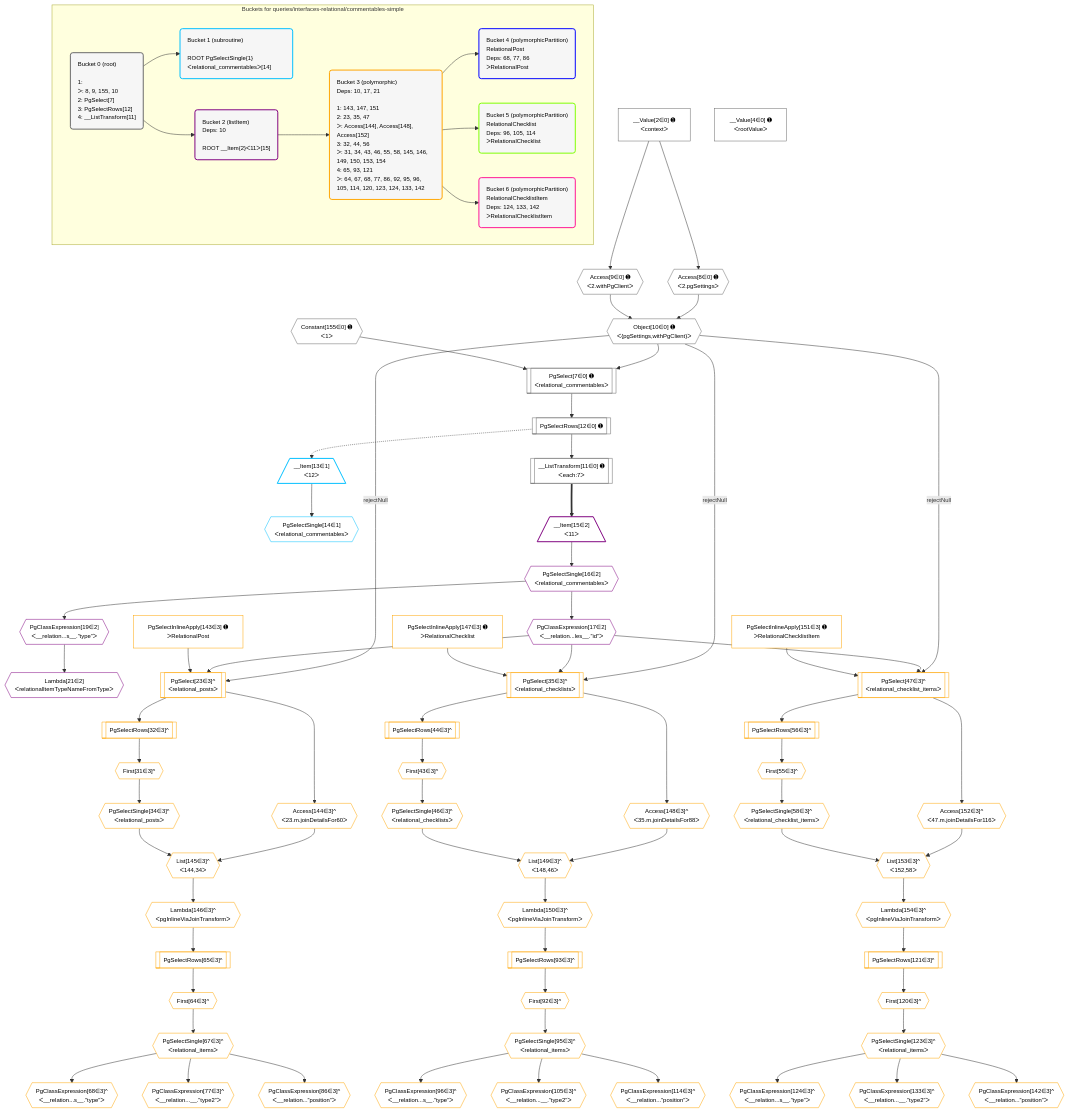
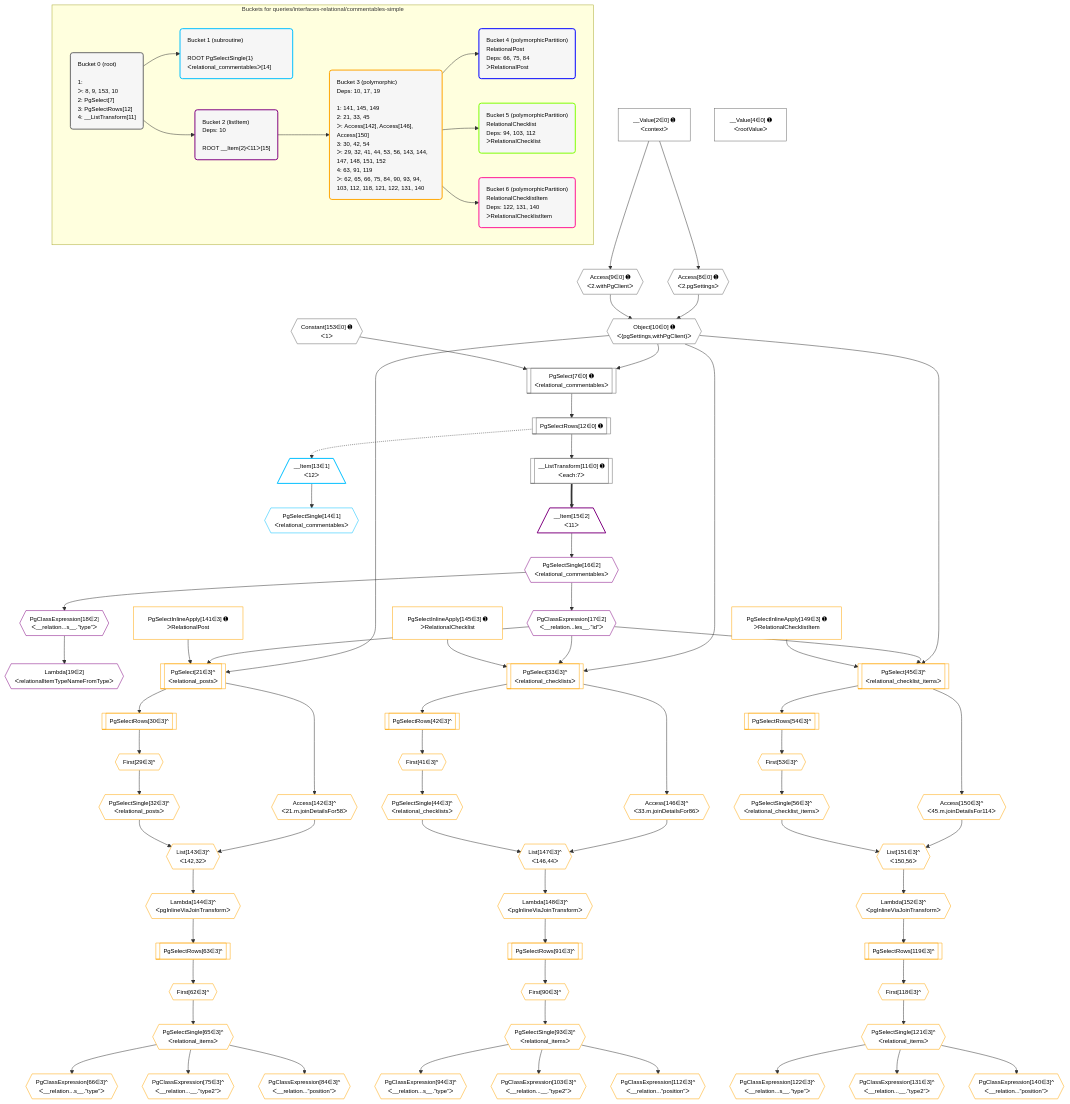
The diagram in grafast/dataplan-pg/__tests__/queries/interfaces-relational/commentables-simple.deopt.mermaid (graphile/crystal), drawn with Mermaid before and after one commit. The commit also changed 10 other files, not shown here.

```diff
--- a/grafast/dataplan-pg/__tests__/queries/interfaces-relational/commentables-simple.deopt.mermaid
+++ b/grafast/dataplan-pg/__tests__/queries/interfaces-relational/commentables-simple.deopt.mermaid
@@ -8,13 +8,13 @@
     classDef bucket fill:#f6f6f6,color:#000,stroke-width:2px,text-align:left
 
     subgraph "Buckets for queries/interfaces-relational/commentables-simple"
-    Bucket0("Bucket 0 (root)<br /><br />1: <br />ᐳ: 8, 9, 155, 10<br />2: PgSelect[7]<br />3: PgSelectRows[12]<br />4: __ListTransform[11]"):::bucket
+    Bucket0("Bucket 0 (root)<br /><br />1: <br />ᐳ: 8, 9, 153, 10<br />2: PgSelect[7]<br />3: PgSelectRows[12]<br />4: __ListTransform[11]"):::bucket
     Bucket1("Bucket 1 (subroutine)<br /><br />ROOT PgSelectSingle{1}ᐸrelational_commentablesᐳ[14]"):::bucket
     Bucket2("Bucket 2 (listItem)<br />Deps: 10<br /><br />ROOT __Item{2}ᐸ11ᐳ[15]"):::bucket
-    Bucket3("Bucket 3 (polymorphic)<br />Deps: 10, 17, 21<br /><br />1: 143, 147, 151<br />2: 23, 35, 47<br />ᐳ: Access[144], Access[148], Access[152]<br />3: 32, 44, 56<br />ᐳ: 31, 34, 43, 46, 55, 58, 145, 146, 149, 150, 153, 154<br />4: 65, 93, 121<br />ᐳ: 64, 67, 68, 77, 86, 92, 95, 96, 105, 114, 120, 123, 124, 133, 142"):::bucket
-    Bucket4("Bucket 4 (polymorphicPartition)<br />RelationalPost<br />Deps: 68, 77, 86<br />ᐳRelationalPost"):::bucket
-    Bucket5("Bucket 5 (polymorphicPartition)<br />RelationalChecklist<br />Deps: 96, 105, 114<br />ᐳRelationalChecklist"):::bucket
-    Bucket6("Bucket 6 (polymorphicPartition)<br />RelationalChecklistItem<br />Deps: 124, 133, 142<br />ᐳRelationalChecklistItem"):::bucket
+    Bucket3("Bucket 3 (polymorphic)<br />Deps: 10, 17, 19<br /><br />1: 141, 145, 149<br />2: 21, 33, 45<br />ᐳ: Access[142], Access[146], Access[150]<br />3: 30, 42, 54<br />ᐳ: 29, 32, 41, 44, 53, 56, 143, 144, 147, 148, 151, 152<br />4: 63, 91, 119<br />ᐳ: 62, 65, 66, 75, 84, 90, 93, 94, 103, 112, 118, 121, 122, 131, 140"):::bucket
+    Bucket4("Bucket 4 (polymorphicPartition)<br />RelationalPost<br />Deps: 66, 75, 84<br />ᐳRelationalPost"):::bucket
+    Bucket5("Bucket 5 (polymorphicPartition)<br />RelationalChecklist<br />Deps: 94, 103, 112<br />ᐳRelationalChecklist"):::bucket
+    Bucket6("Bucket 6 (polymorphicPartition)<br />RelationalChecklistItem<br />Deps: 122, 131, 140<br />ᐳRelationalChecklistItem"):::bucket
     end
     Bucket0 --> Bucket1 & Bucket2
     Bucket2 --> Bucket3
@@ -23,8 +23,8 @@
     %% plan dependencies
     PgSelect7[["PgSelect[7∈0] ➊<br />ᐸrelational_commentablesᐳ"]]:::plan
     Object10{{"Object[10∈0] ➊<br />ᐸ{pgSettings,withPgClient}ᐳ"}}:::plan
-    Constant155{{"Constant[155∈0] ➊<br />ᐸ1ᐳ"}}:::plan
-    Object10 & Constant155 --> PgSelect7
+    Constant153{{"Constant[153∈0] ➊<br />ᐸ1ᐳ"}}:::plan
+    Object10 & Constant153 --> PgSelect7
     Access8{{"Access[8∈0] ➊<br />ᐸ2.pgSettingsᐳ"}}:::plan
     Access9{{"Access[9∈0] ➊<br />ᐸ2.withPgClientᐳ"}}:::plan
     Access8 & Access9 --> Object10
@@ -46,104 +46,101 @@
     __Item15 --> PgSelectSingle16
     PgClassExpression17{{"PgClassExpression[17∈2]<br />ᐸ__relation...les__.”id”ᐳ"}}:::plan
     PgSelectSingle16 --> PgClassExpression17
-    PgClassExpression19{{"PgClassExpression[19∈2]<br />ᐸ__relation...s__.”type”ᐳ"}}:::plan
-    PgSelectSingle16 --> PgClassExpression19
-    Lambda21{{"Lambda[21∈2]<br />ᐸrelationalItemTypeNameFromTypeᐳ"}}:::plan
-    PgClassExpression19 --> Lambda21
-    PgSelect23[["PgSelect[23∈3]^<br />ᐸrelational_postsᐳ"]]:::plan
-    PgSelectInlineApply143["PgSelectInlineApply[143∈3] ➊<br />ᐳRelationalPost"]:::plan
-    Object10 -->|rejectNull| PgSelect23
-    PgClassExpression17 & PgSelectInlineApply143 --> PgSelect23
-    PgSelect35[["PgSelect[35∈3]^<br />ᐸrelational_checklistsᐳ"]]:::plan
-    PgSelectInlineApply147["PgSelectInlineApply[147∈3] ➊<br />ᐳRelationalChecklist"]:::plan
-    Object10 -->|rejectNull| PgSelect35
-    PgClassExpression17 & PgSelectInlineApply147 --> PgSelect35
-    PgSelect47[["PgSelect[47∈3]^<br />ᐸrelational_checklist_itemsᐳ"]]:::plan
-    PgSelectInlineApply151["PgSelectInlineApply[151∈3] ➊<br />ᐳRelationalChecklistItem"]:::plan
-    Object10 -->|rejectNull| PgSelect47
-    PgClassExpression17 & PgSelectInlineApply151 --> PgSelect47
-    List145{{"List[145∈3]^<br />ᐸ144,34ᐳ"}}:::plan
-    Access144{{"Access[144∈3]^<br />ᐸ23.m.joinDetailsFor60ᐳ"}}:::plan
-    PgSelectSingle34{{"PgSelectSingle[34∈3]^<br />ᐸrelational_postsᐳ"}}:::plan
-    Access144 & PgSelectSingle34 --> List145
-    List149{{"List[149∈3]^<br />ᐸ148,46ᐳ"}}:::plan
-    Access148{{"Access[148∈3]^<br />ᐸ35.m.joinDetailsFor88ᐳ"}}:::plan
-    PgSelectSingle46{{"PgSelectSingle[46∈3]^<br />ᐸrelational_checklistsᐳ"}}:::plan
-    Access148 & PgSelectSingle46 --> List149
-    List153{{"List[153∈3]^<br />ᐸ152,58ᐳ"}}:::plan
-    Access152{{"Access[152∈3]^<br />ᐸ47.m.joinDetailsFor116ᐳ"}}:::plan
-    PgSelectSingle58{{"PgSelectSingle[58∈3]^<br />ᐸrelational_checklist_itemsᐳ"}}:::plan
-    Access152 & PgSelectSingle58 --> List153
-    First31{{"First[31∈3]^"}}:::plan
-    PgSelectRows32[["PgSelectRows[32∈3]^"]]:::plan
-    PgSelectRows32 --> First31
-    PgSelect23 --> PgSelectRows32
-    First31 --> PgSelectSingle34
-    First43{{"First[43∈3]^"}}:::plan
-    PgSelectRows44[["PgSelectRows[44∈3]^"]]:::plan
-    PgSelectRows44 --> First43
-    PgSelect35 --> PgSelectRows44
-    First43 --> PgSelectSingle46
-    First55{{"First[55∈3]^"}}:::plan
-    PgSelectRows56[["PgSelectRows[56∈3]^"]]:::plan
-    PgSelectRows56 --> First55
-    PgSelect47 --> PgSelectRows56
-    First55 --> PgSelectSingle58
-    First64{{"First[64∈3]^"}}:::plan
-    PgSelectRows65[["PgSelectRows[65∈3]^"]]:::plan
-    PgSelectRows65 --> First64
-    Lambda146{{"Lambda[146∈3]^<br />ᐸpgInlineViaJoinTransformᐳ"}}:::plan
-    Lambda146 --> PgSelectRows65
-    PgSelectSingle67{{"PgSelectSingle[67∈3]^<br />ᐸrelational_itemsᐳ"}}:::plan
-    First64 --> PgSelectSingle67
-    PgClassExpression68{{"PgClassExpression[68∈3]^<br />ᐸ__relation...s__.”type”ᐳ"}}:::plan
-    PgSelectSingle67 --> PgClassExpression68
-    PgClassExpression77{{"PgClassExpression[77∈3]^<br />ᐸ__relation...__.”type2”ᐳ"}}:::plan
-    PgSelectSingle67 --> PgClassExpression77
-    PgClassExpression86{{"PgClassExpression[86∈3]^<br />ᐸ__relation...”position”ᐳ"}}:::plan
-    PgSelectSingle67 --> PgClassExpression86
-    First92{{"First[92∈3]^"}}:::plan
-    PgSelectRows93[["PgSelectRows[93∈3]^"]]:::plan
-    PgSelectRows93 --> First92
-    Lambda150{{"Lambda[150∈3]^<br />ᐸpgInlineViaJoinTransformᐳ"}}:::plan
-    Lambda150 --> PgSelectRows93
-    PgSelectSingle95{{"PgSelectSingle[95∈3]^<br />ᐸrelational_itemsᐳ"}}:::plan
-    First92 --> PgSelectSingle95
-    PgClassExpression96{{"PgClassExpression[96∈3]^<br />ᐸ__relation...s__.”type”ᐳ"}}:::plan
-    PgSelectSingle95 --> PgClassExpression96
-    PgClassExpression105{{"PgClassExpression[105∈3]^<br />ᐸ__relation...__.”type2”ᐳ"}}:::plan
-    PgSelectSingle95 --> PgClassExpression105
-    PgClassExpression114{{"PgClassExpression[114∈3]^<br />ᐸ__relation...”position”ᐳ"}}:::plan
-    PgSelectSingle95 --> PgClassExpression114
-    First120{{"First[120∈3]^"}}:::plan
-    PgSelectRows121[["PgSelectRows[121∈3]^"]]:::plan
-    PgSelectRows121 --> First120
-    Lambda154{{"Lambda[154∈3]^<br />ᐸpgInlineViaJoinTransformᐳ"}}:::plan
-    Lambda154 --> PgSelectRows121
-    PgSelectSingle123{{"PgSelectSingle[123∈3]^<br />ᐸrelational_itemsᐳ"}}:::plan
-    First120 --> PgSelectSingle123
-    PgClassExpression124{{"PgClassExpression[124∈3]^<br />ᐸ__relation...s__.”type”ᐳ"}}:::plan
-    PgSelectSingle123 --> PgClassExpression124
-    PgClassExpression133{{"PgClassExpression[133∈3]^<br />ᐸ__relation...__.”type2”ᐳ"}}:::plan
-    PgSelectSingle123 --> PgClassExpression133
-    PgClassExpression142{{"PgClassExpression[142∈3]^<br />ᐸ__relation...”position”ᐳ"}}:::plan
-    PgSelectSingle123 --> PgClassExpression142
-    PgSelect23 --> Access144
-    List145 --> Lambda146
-    PgSelect35 --> Access148
-    List149 --> Lambda150
-    PgSelect47 --> Access152
-    List153 --> Lambda154
+    PgClassExpression18{{"PgClassExpression[18∈2]<br />ᐸ__relation...s__.”type”ᐳ"}}:::plan
+    PgSelectSingle16 --> PgClassExpression18
+    Lambda19{{"Lambda[19∈2]<br />ᐸrelationalItemTypeNameFromTypeᐳ"}}:::plan
+    PgClassExpression18 --> Lambda19
+    PgSelect21[["PgSelect[21∈3]^<br />ᐸrelational_postsᐳ"]]:::plan
+    PgSelectInlineApply141["PgSelectInlineApply[141∈3] ➊<br />ᐳRelationalPost"]:::plan
+    Object10 & PgClassExpression17 & PgSelectInlineApply141 --> PgSelect21
+    PgSelect33[["PgSelect[33∈3]^<br />ᐸrelational_checklistsᐳ"]]:::plan
+    PgSelectInlineApply145["PgSelectInlineApply[145∈3] ➊<br />ᐳRelationalChecklist"]:::plan
+    Object10 & PgClassExpression17 & PgSelectInlineApply145 --> PgSelect33
+    PgSelect45[["PgSelect[45∈3]^<br />ᐸrelational_checklist_itemsᐳ"]]:::plan
+    PgSelectInlineApply149["PgSelectInlineApply[149∈3] ➊<br />ᐳRelationalChecklistItem"]:::plan
+    Object10 & PgClassExpression17 & PgSelectInlineApply149 --> PgSelect45
+    List143{{"List[143∈3]^<br />ᐸ142,32ᐳ"}}:::plan
+    Access142{{"Access[142∈3]^<br />ᐸ21.m.joinDetailsFor58ᐳ"}}:::plan
+    PgSelectSingle32{{"PgSelectSingle[32∈3]^<br />ᐸrelational_postsᐳ"}}:::plan
+    Access142 & PgSelectSingle32 --> List143
+    List147{{"List[147∈3]^<br />ᐸ146,44ᐳ"}}:::plan
+    Access146{{"Access[146∈3]^<br />ᐸ33.m.joinDetailsFor86ᐳ"}}:::plan
+    PgSelectSingle44{{"PgSelectSingle[44∈3]^<br />ᐸrelational_checklistsᐳ"}}:::plan
+    Access146 & PgSelectSingle44 --> List147
+    List151{{"List[151∈3]^<br />ᐸ150,56ᐳ"}}:::plan
+    Access150{{"Access[150∈3]^<br />ᐸ45.m.joinDetailsFor114ᐳ"}}:::plan
+    PgSelectSingle56{{"PgSelectSingle[56∈3]^<br />ᐸrelational_checklist_itemsᐳ"}}:::plan
+    Access150 & PgSelectSingle56 --> List151
+    First29{{"First[29∈3]^"}}:::plan
+    PgSelectRows30[["PgSelectRows[30∈3]^"]]:::plan
+    PgSelectRows30 --> First29
+    PgSelect21 --> PgSelectRows30
+    First29 --> PgSelectSingle32
+    First41{{"First[41∈3]^"}}:::plan
+    PgSelectRows42[["PgSelectRows[42∈3]^"]]:::plan
+    PgSelectRows42 --> First41
+    PgSelect33 --> PgSelectRows42
+    First41 --> PgSelectSingle44
+    First53{{"First[53∈3]^"}}:::plan
+    PgSelectRows54[["PgSelectRows[54∈3]^"]]:::plan
+    PgSelectRows54 --> First53
+    PgSelect45 --> PgSelectRows54
+    First53 --> PgSelectSingle56
+    First62{{"First[62∈3]^"}}:::plan
+    PgSelectRows63[["PgSelectRows[63∈3]^"]]:::plan
+    PgSelectRows63 --> First62
+    Lambda144{{"Lambda[144∈3]^<br />ᐸpgInlineViaJoinTransformᐳ"}}:::plan
+    Lambda144 --> PgSelectRows63
+    PgSelectSingle65{{"PgSelectSingle[65∈3]^<br />ᐸrelational_itemsᐳ"}}:::plan
+    First62 --> PgSelectSingle65
+    PgClassExpression66{{"PgClassExpression[66∈3]^<br />ᐸ__relation...s__.”type”ᐳ"}}:::plan
+    PgSelectSingle65 --> PgClassExpression66
+    PgClassExpression75{{"PgClassExpression[75∈3]^<br />ᐸ__relation...__.”type2”ᐳ"}}:::plan
+    PgSelectSingle65 --> PgClassExpression75
+    PgClassExpression84{{"PgClassExpression[84∈3]^<br />ᐸ__relation...”position”ᐳ"}}:::plan
+    PgSelectSingle65 --> PgClassExpression84
+    First90{{"First[90∈3]^"}}:::plan
+    PgSelectRows91[["PgSelectRows[91∈3]^"]]:::plan
+    PgSelectRows91 --> First90
+    Lambda148{{"Lambda[148∈3]^<br />ᐸpgInlineViaJoinTransformᐳ"}}:::plan
+    Lambda148 --> PgSelectRows91
+    PgSelectSingle93{{"PgSelectSingle[93∈3]^<br />ᐸrelational_itemsᐳ"}}:::plan
+    First90 --> PgSelectSingle93
+    PgClassExpression94{{"PgClassExpression[94∈3]^<br />ᐸ__relation...s__.”type”ᐳ"}}:::plan
+    PgSelectSingle93 --> PgClassExpression94
+    PgClassExpression103{{"PgClassExpression[103∈3]^<br />ᐸ__relation...__.”type2”ᐳ"}}:::plan
+    PgSelectSingle93 --> PgClassExpression103
+    PgClassExpression112{{"PgClassExpression[112∈3]^<br />ᐸ__relation...”position”ᐳ"}}:::plan
+    PgSelectSingle93 --> PgClassExpression112
+    First118{{"First[118∈3]^"}}:::plan
+    PgSelectRows119[["PgSelectRows[119∈3]^"]]:::plan
+    PgSelectRows119 --> First118
+    Lambda152{{"Lambda[152∈3]^<br />ᐸpgInlineViaJoinTransformᐳ"}}:::plan
+    Lambda152 --> PgSelectRows119
+    PgSelectSingle121{{"PgSelectSingle[121∈3]^<br />ᐸrelational_itemsᐳ"}}:::plan
+    First118 --> PgSelectSingle121
+    PgClassExpression122{{"PgClassExpression[122∈3]^<br />ᐸ__relation...s__.”type”ᐳ"}}:::plan
+    PgSelectSingle121 --> PgClassExpression122
+    PgClassExpression131{{"PgClassExpression[131∈3]^<br />ᐸ__relation...__.”type2”ᐳ"}}:::plan
+    PgSelectSingle121 --> PgClassExpression131
+    PgClassExpression140{{"PgClassExpression[140∈3]^<br />ᐸ__relation...”position”ᐳ"}}:::plan
+    PgSelectSingle121 --> PgClassExpression140
+    PgSelect21 --> Access142
+    List143 --> Lambda144
+    PgSelect33 --> Access146
+    List147 --> Lambda148
+    PgSelect45 --> Access150
+    List151 --> Lambda152
 
     %% define steps
     classDef bucket0 stroke:#696969
-    class Bucket0,__Value2,__Value4,PgSelect7,Access8,Access9,Object10,__ListTransform11,PgSelectRows12,Constant155 bucket0
+    class Bucket0,__Value2,__Value4,PgSelect7,Access8,Access9,Object10,__ListTransform11,PgSelectRows12,Constant153 bucket0
     classDef bucket1 stroke:#00bfff
     class Bucket1,__Item13,PgSelectSingle14 bucket1
     classDef bucket2 stroke:#7f007f
-    class Bucket2,__Item15,PgSelectSingle16,PgClassExpression17,PgClassExpression19,Lambda21 bucket2
+    class Bucket2,__Item15,PgSelectSingle16,PgClassExpression17,PgClassExpression18,Lambda19 bucket2
     classDef bucket3 stroke:#ffa500
-    class Bucket3,PgSelect23,First31,PgSelectRows32,PgSelectSingle34,PgSelect35,First43,PgSelectRows44,PgSelectSingle46,PgSelect47,First55,PgSelectRows56,PgSelectSingle58,First64,PgSelectRows65,PgSelectSingle67,PgClassExpression68,PgClassExpression77,PgClassExpression86,First92,PgSelectRows93,PgSelectSingle95,PgClassExpression96,PgClassExpression105,PgClassExpression114,First120,PgSelectRows121,PgSelectSingle123,PgClassExpression124,PgClassExpression133,PgClassExpression142,PgSelectInlineApply143,Access144,List145,Lambda146,PgSelectInlineApply147,Access148,List149,Lambda150,PgSelectInlineApply151,Access152,List153,Lambda154 bucket3
+    class Bucket3,PgSelect21,First29,PgSelectRows30,PgSelectSingle32,PgSelect33,First41,PgSelectRows42,PgSelectSingle44,PgSelect45,First53,PgSelectRows54,PgSelectSingle56,First62,PgSelectRows63,PgSelectSingle65,PgClassExpression66,PgClassExpression75,PgClassExpression84,First90,PgSelectRows91,PgSelectSingle93,PgClassExpression94,PgClassExpression103,PgClassExpression112,First118,PgSelectRows119,PgSelectSingle121,PgClassExpression122,PgClassExpression131,PgClassExpression140,PgSelectInlineApply141,Access142,List143,Lambda144,PgSelectInlineApply145,Access146,List147,Lambda148,PgSelectInlineApply149,Access150,List151,Lambda152 bucket3
     classDef bucket4 stroke:#0000ff
     class Bucket4 bucket4
     classDef bucket5 stroke:#7fff00
```
